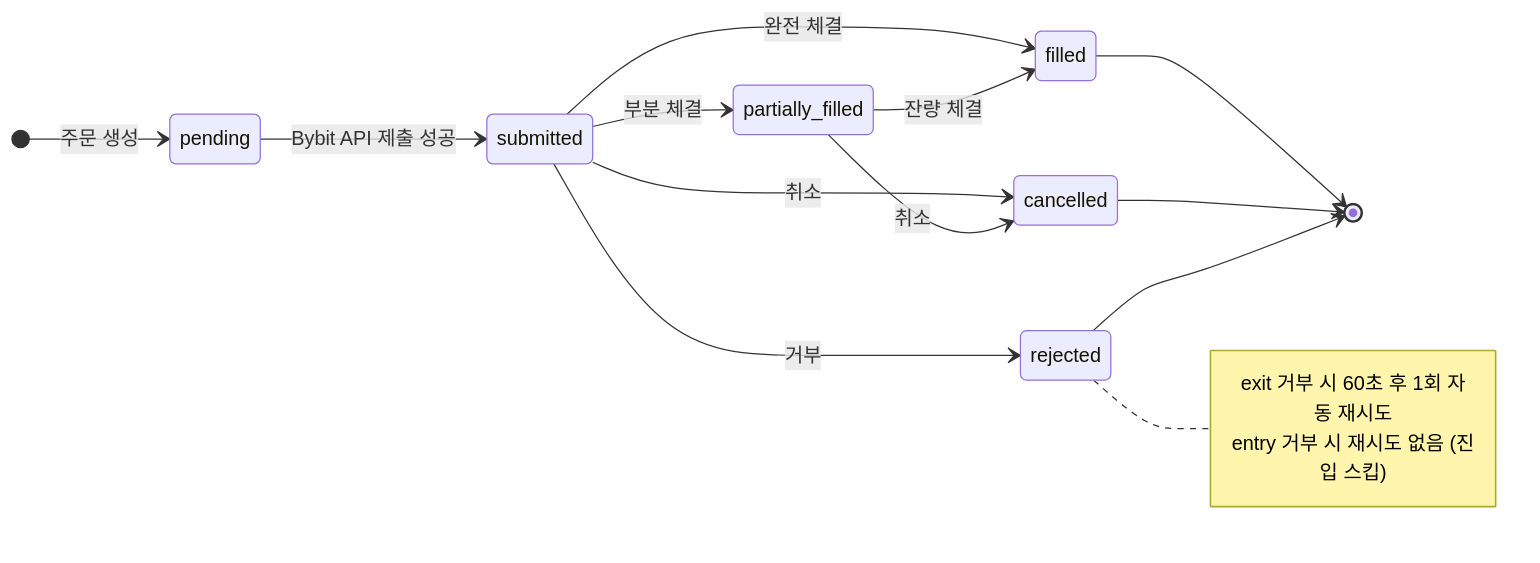
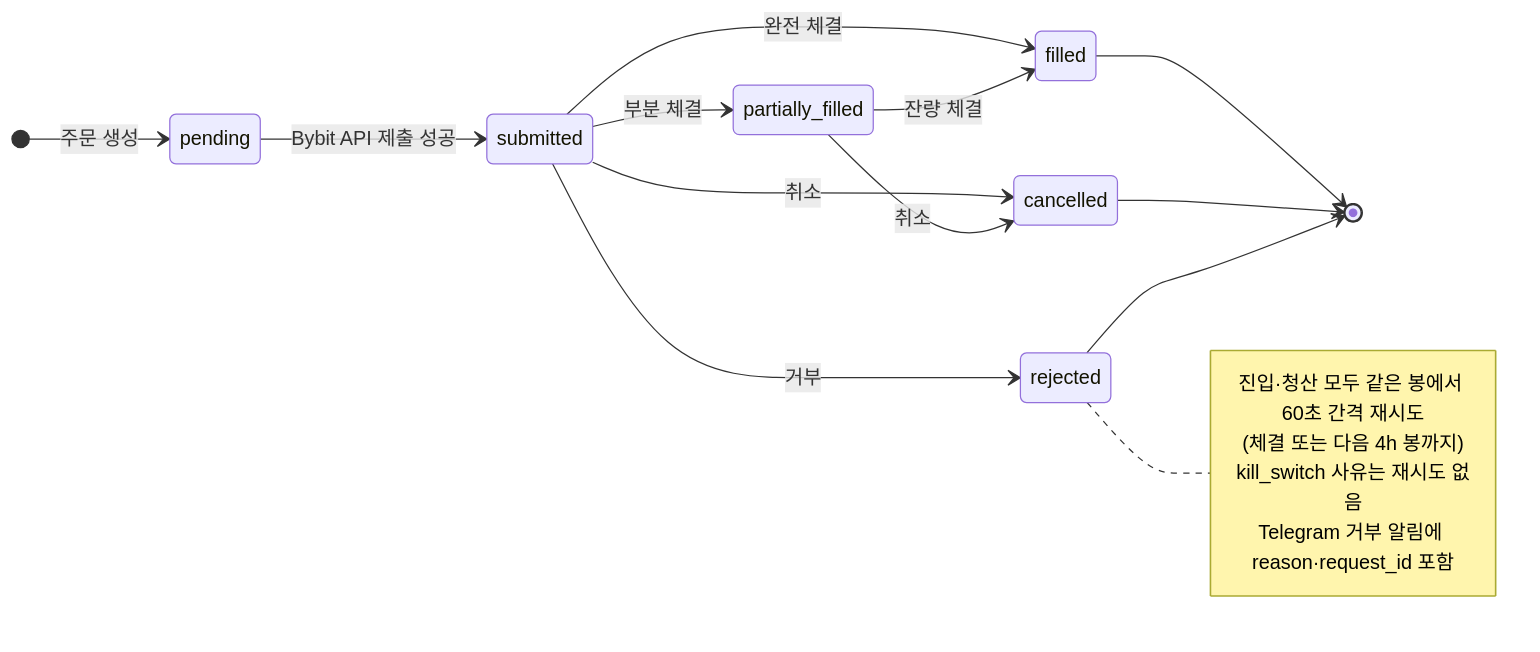
Before and after one commit to Justant-source/Bit-Mania: the first of 3 diagrams in docs/cryptoengine/60-runtime.md, drawn with Mermaid. The commit also changed other lines of this file and 8 other files, not shown here.

````diff
--- a/docs/cryptoengine/60-runtime.md
+++ b/docs/cryptoengine/60-runtime.md
@@ -17,20 +17,22 @@
 ```mermaid
 stateDiagram-v2
     direction LR
     [*] --> pending : 주문 생성
     pending --> submitted : Bybit API 제출 성공
     submitted --> partially_filled : 부분 체결
     submitted --> filled : 완전 체결
     submitted --> cancelled : 취소
     submitted --> rejected : 거부
     partially_filled --> filled : 잔량 체결
     partially_filled --> cancelled : 취소
     filled --> [*]
     cancelled --> [*]
     rejected --> [*]
 
     note right of rejected
-        exit 거부 시 60초 후 1회 자동 재시도
-        entry 거부 시 재시도 없음 (진입 스킵)
+        진입·청산 모두 같은 봉에서 60초 간격 재시도
+        (체결 또는 다음 4h 봉까지)
+        kill_switch 사유는 재시도 없음
+        Telegram 거부 알림에 reason·request_id 포함
     end note
 ```
````
